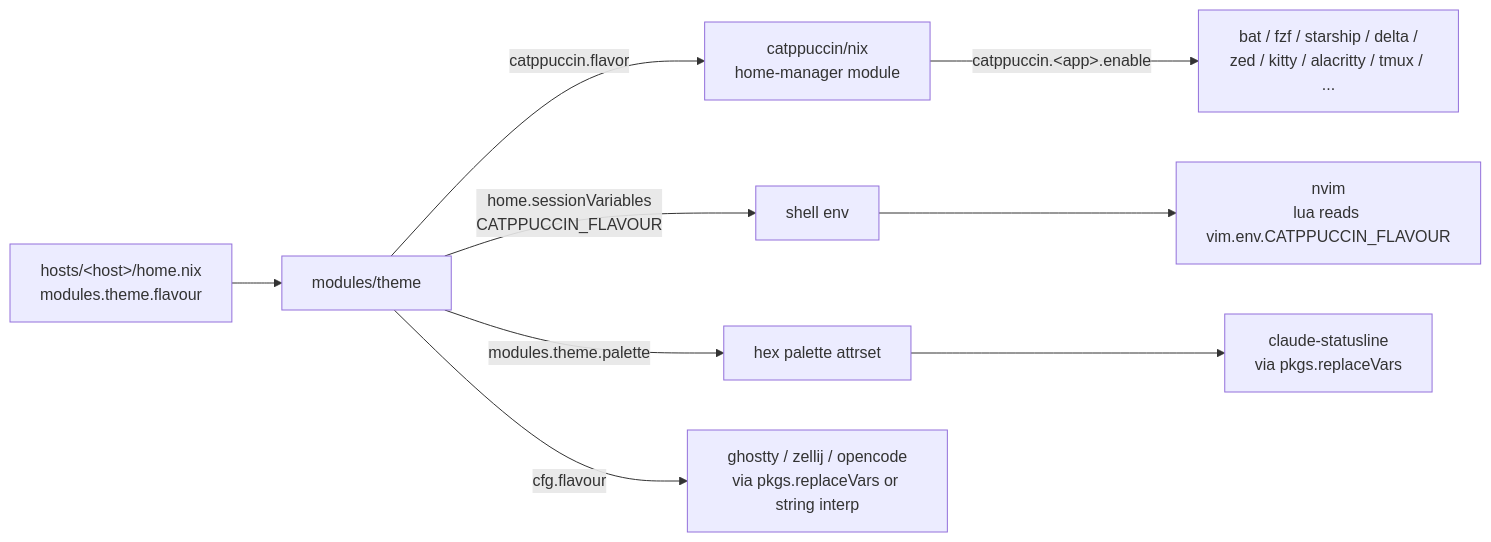
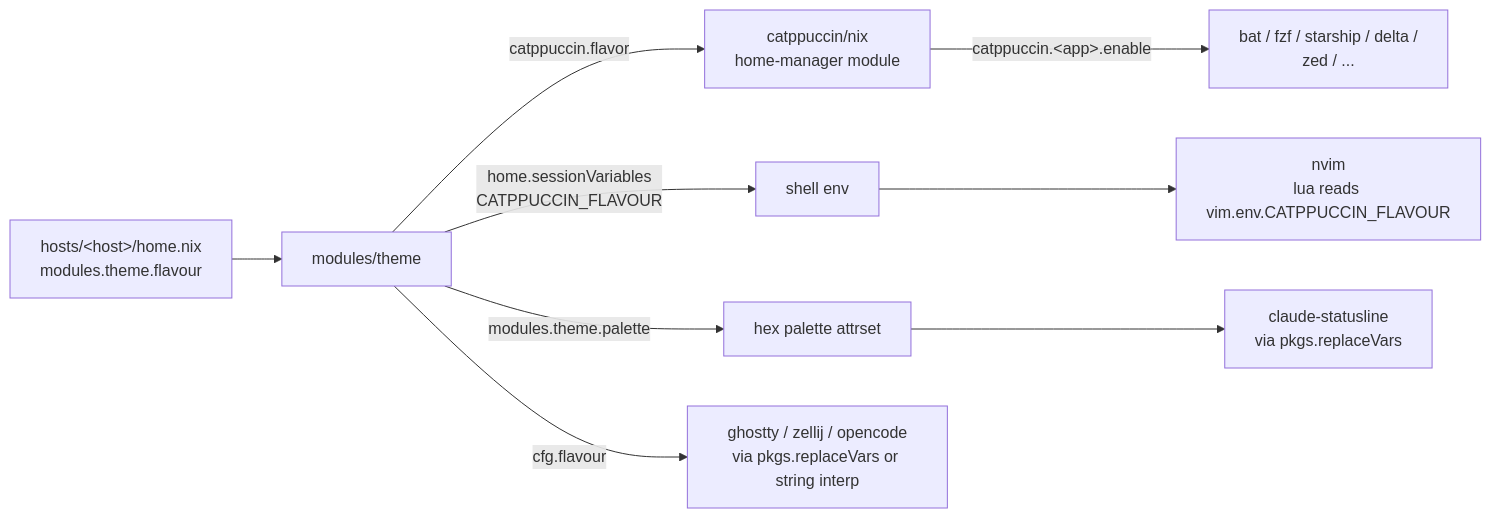
One commit to phamann/dotfiles.nix changed the diagram in docs/THEMING.md. Above: the diagram before and after it, drawn with Mermaid. The commit also changed other lines of this file and 10 other files, not shown here.

First line of the commit message:
refactor(theme): delete unused alacritty/kitty/tmux modules (Phase E)

````diff
--- a/docs/THEMING.md
+++ b/docs/THEMING.md
@@ -30,12 +30,12 @@
 ```mermaid
 flowchart LR
   H[hosts/&lt;host&gt;/home.nix<br/>modules.theme.flavour] --> T[modules/theme]
   T -->|catppuccin.flavor| U[catppuccin/nix<br/>home-manager module]
   T -->|home.sessionVariables<br/>CATPPUCCIN_FLAVOUR| E[shell env]
   T -->|modules.theme.palette| P[hex palette attrset]
 
-  U -->|catppuccin.&lt;app&gt;.enable| A1[bat / fzf / starship / delta /<br/>zed / kitty / alacritty / tmux / ...]
+  U -->|catppuccin.&lt;app&gt;.enable| A1[bat / fzf / starship / delta /<br/>zed / ...]
   E --> N[nvim<br/>lua reads vim.env.CATPPUCCIN_FLAVOUR]
   T -->|cfg.flavour| G[ghostty / zellij / opencode<br/>via pkgs.replaceVars or string interp]
   P --> C[claude-statusline<br/>via pkgs.replaceVars]
 ```
````
